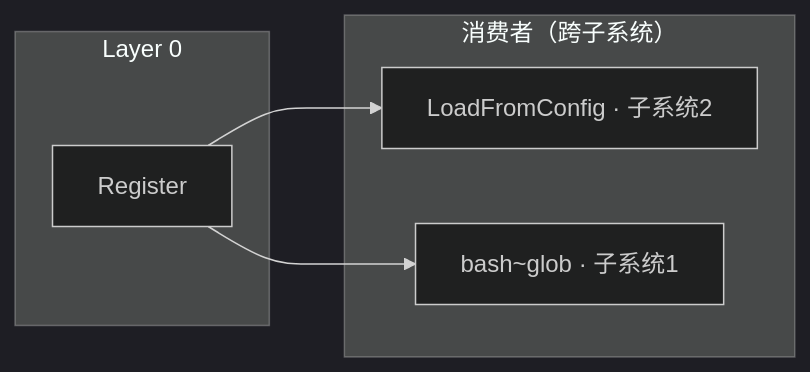
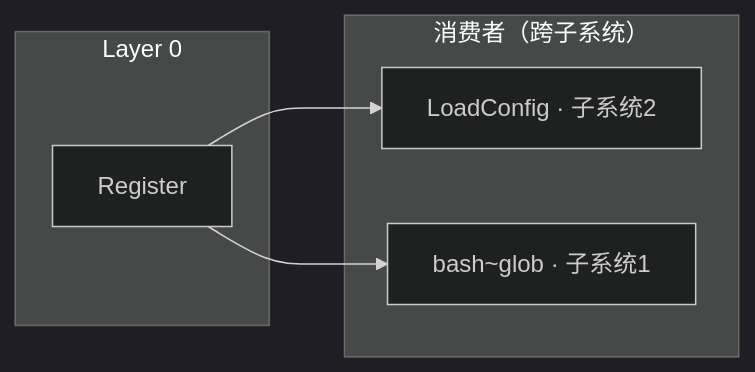
The third of 4 diagrams in docs/tasks/deck/_tree.md (gaiusliu/argo), drawn with Mermaid (dark theme) before and after one commit. The commit also changed other lines of this file and 46 other files, not shown here.

````diff
--- a/docs/tasks/deck/_tree.md
+++ b/docs/tasks/deck/_tree.md
@@ -79,14 +83,14 @@
 ```mermaid
 flowchart LR
     subgraph L0["Layer 0"]
         reg["Register"]
     end
 
     subgraph consumers["消费者（跨子系统）"]
-        lc["LoadFromConfig · 子系统2"]
+        lc["LoadConfig · 子系统2"]
         builtins["bash~glob · 子系统1"]
     end
 
     reg --> lc
     reg --> builtins
 ```
````
